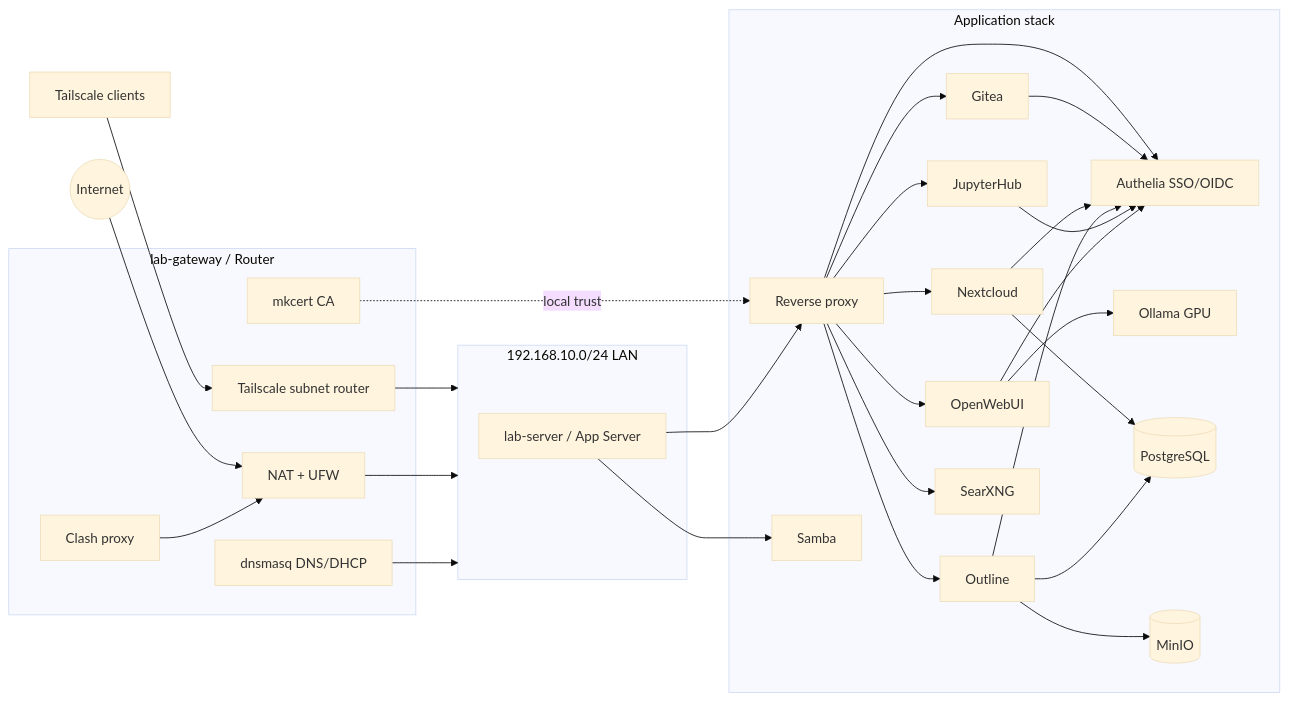
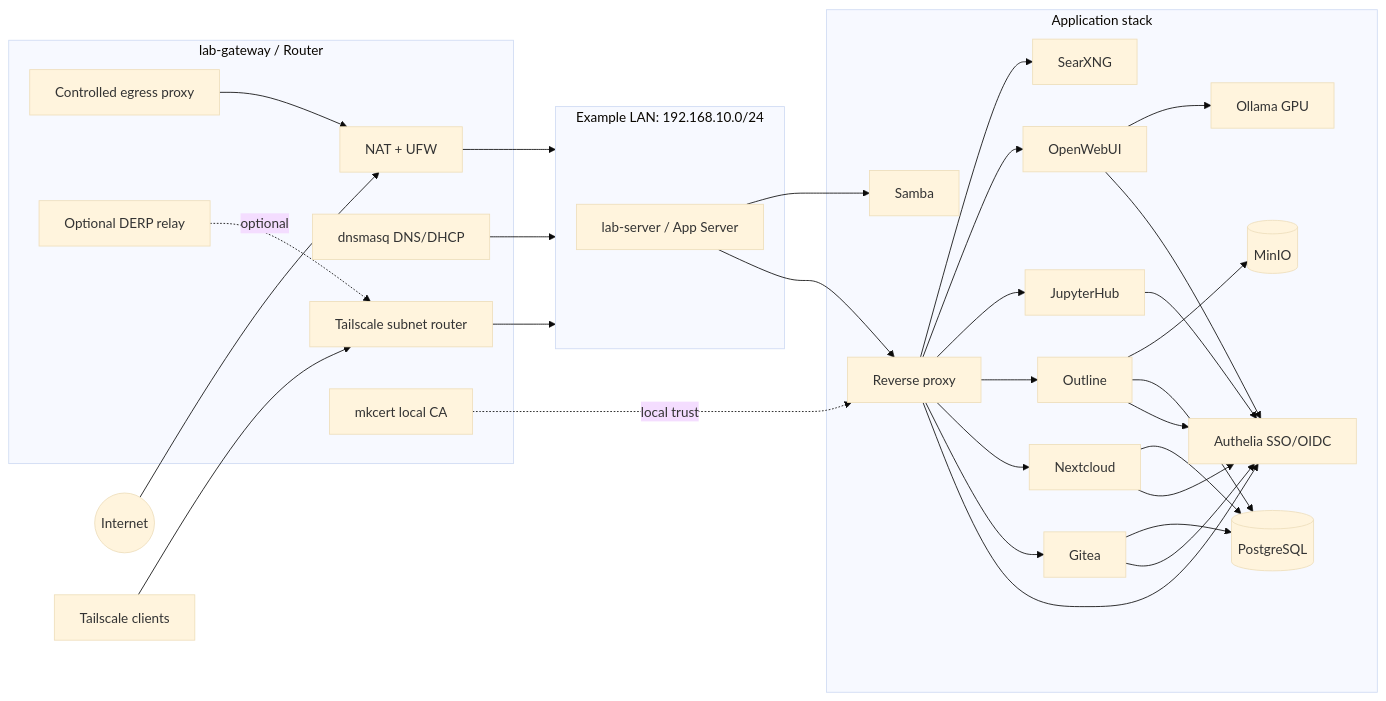
The diagram in README.md (Alvorika/homelab), drawn with Mermaid (base theme) before and after one commit. The commit also changed other lines of this file, not shown here.

````diff
--- a/README.md
+++ b/README.md
@@ -18,61 +68,65 @@
 ```mermaid
 flowchart LR
     internet((Internet))
     remote[Tailscale clients]
 
     subgraph gateway["lab-gateway / Router"]
         nat[NAT + UFW]
         dns[dnsmasq DNS/DHCP]
-        clash[Clash proxy]
+        proxy[Controlled egress proxy]
         tsGateway[Tailscale subnet router]
-        certs[mkcert CA]
+        derp[Optional DERP relay]
+        certs[mkcert local CA]
     end
 
-    subgraph lan["192.168.10.0/24 LAN"]
+    subgraph lan["Example LAN: 192.168.10.0/24"]
         app["lab-server / App Server"]
     end
 
     subgraph appstack["Application stack"]
         rp[Reverse proxy]
         authelia[Authelia SSO/OIDC]
         gitea[Gitea]
         nextcloud[Nextcloud]
         outline[Outline]
         jupyter[JupyterHub]
         openwebui[OpenWebUI]
         searxng[SearXNG]
         samba[Samba]
         ollama[Ollama GPU]
         postgres[(PostgreSQL)]
         minio[(MinIO)]
     end
 
     internet --> nat
     remote --> tsGateway
     tsGateway --> lan
     nat --> lan
     dns --> lan
-    clash --> nat
+    proxy --> nat
+    derp -. optional .-> tsGateway
     certs -. local trust .-> rp
 
     app --> rp
+    app --> samba
+
     rp --> authelia
     rp --> gitea
     rp --> nextcloud
     rp --> outline
     rp --> jupyter
     rp --> openwebui
     rp --> searxng
-    app --> samba
 
     gitea --> authelia
     nextcloud --> authelia
     outline --> authelia
     jupyter --> authelia
     openwebui --> authelia
 
+    gitea --> postgres
     nextcloud --> postgres
     outline --> postgres
     outline --> minio
     openwebui --> ollama
 ```
````
